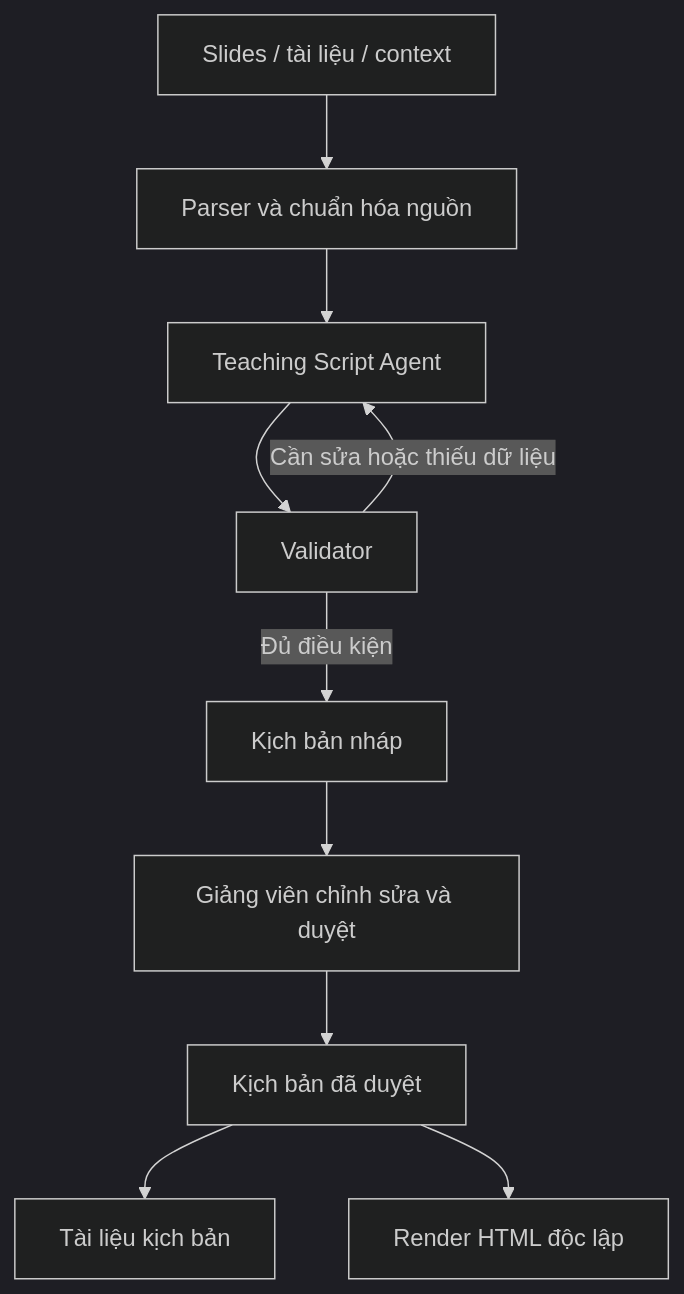
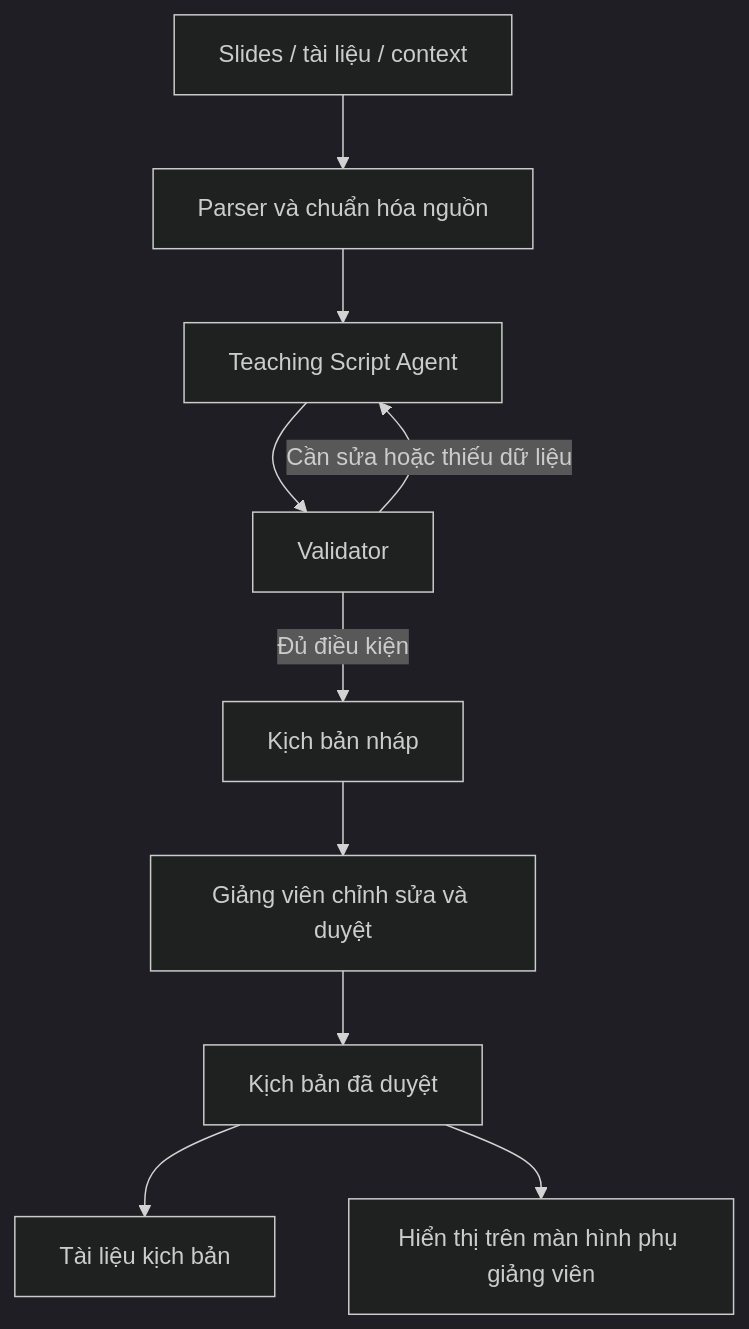
The diagram in docs/context.md (killy-mv/K5-Day15-L3A-MDDB), drawn with Mermaid (dark theme) before and after one commit. The commit also changed other lines of this file, not shown here.

Commit message:
docs: replace HTML playbook with lecturer secondary screen in context.md

````diff
--- a/docs/context.md
+++ b/docs/context.md
@@ -107,12 +106,12 @@
 ```mermaid
 flowchart TD
     A[Slides / tài liệu / context] --> B[Parser và chuẩn hóa nguồn]
     B --> C[Teaching Script Agent]
     C --> D[Validator]
     D -->|Cần sửa hoặc thiếu dữ liệu| C
     D -->|Đủ điều kiện| E[Kịch bản nháp]
     E --> F[Giảng viên chỉnh sửa và duyệt]
     F --> G[Kịch bản đã duyệt]
     G --> H[Tài liệu kịch bản]
-    G --> I[Render HTML độc lập]
+    G --> I[Hiển thị trên màn hình phụ giảng viên]
 ```
````
